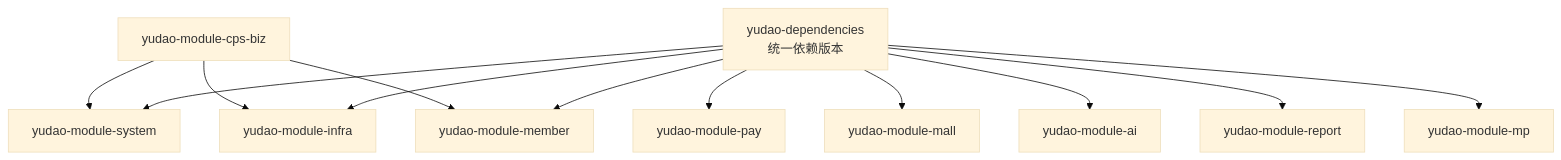
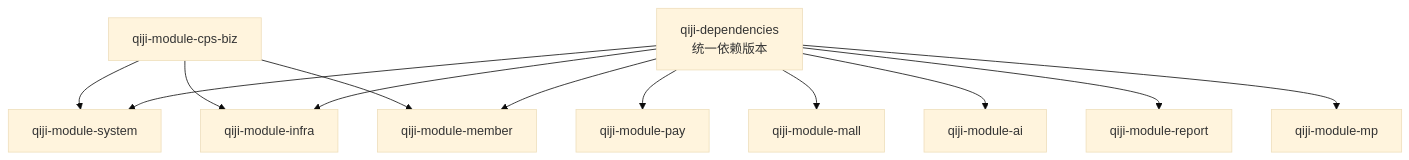
One commit to zhuangpengLI/AgenticCPS changed the third of 3 diagrams in backend/.qoder/repowiki/zh/content/项目概述/许可证与开源协议.md. Above: the diagram before and after it, drawn with Mermaid (base theme). The commit also changed other lines of this file and 3489 other files, not shown here.

````diff
--- a/backend/.qoder/repowiki/zh/content/项目概述/许可证与开源协议.md
+++ b/backend/.qoder/repowiki/zh/content/项目概述/许可证与开源协议.md
@@ -168,14 +168,14 @@
 ```mermaid
 graph TB
-Deps["yudao-dependencies<br/>统一依赖版本"] --> Sys["yudao-module-system"]
-Deps --> Infra["yudao-module-infra"]
-Deps --> Member["yudao-module-member"]
-Deps --> Pay["yudao-module-pay"]
-Deps --> Mall["yudao-module-mall"]
-Deps --> AI["yudao-module-ai"]
-Deps --> Report["yudao-module-report"]
-Deps --> MP["yudao-module-mp"]
-CPSBiz["yudao-module-cps-biz"] --> Sys
+Deps["qiji-dependencies<br/>统一依赖版本"] --> Sys["qiji-module-system"]
+Deps --> Infra["qiji-module-infra"]
+Deps --> Member["qiji-module-member"]
+Deps --> Pay["qiji-module-pay"]
+Deps --> Mall["qiji-module-mall"]
+Deps --> AI["qiji-module-ai"]
+Deps --> Report["qiji-module-report"]
+Deps --> MP["qiji-module-mp"]
+CPSBiz["qiji-module-cps-biz"] --> Sys
 CPSBiz --> Member
 CPSBiz --> Infra
 ```
````
